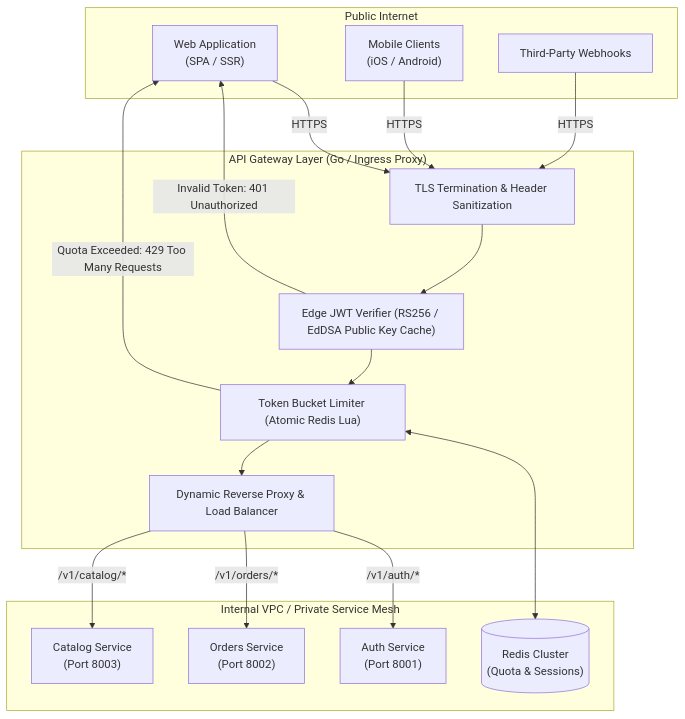
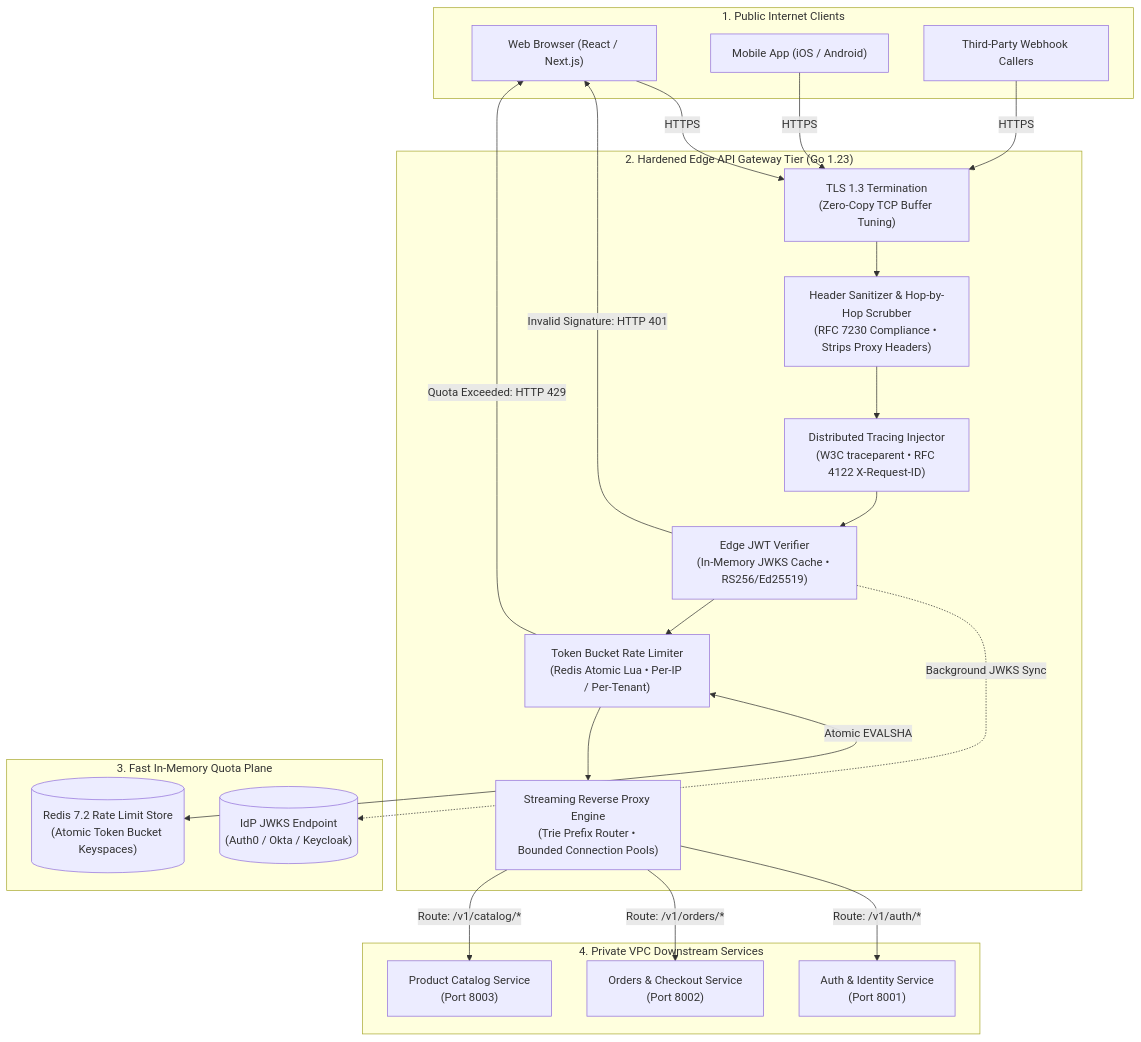
One commit to software-blueprints-hq/software-blueprints changed the diagram in docs/system-design/api-gateway-reverse-proxy/overview.md. Above: the diagram before and after it, drawn with Mermaid. The commit also changed other lines of this file and 2 other files, not shown here.

Commit message:
feat(system-design): upgrade Cloud-Native API Gateway to Level 3 Flagship (ADR-016) with zero-copy Go reverse proxy, JWT edge verification, and k6 load test

````diff
--- a/docs/system-design/api-gateway-reverse-proxy/overview.md
+++ b/docs/system-design/api-gateway-reverse-proxy/overview.md
@@ -17,37 +29,48 @@
 ```mermaid
 flowchart TD
-    subgraph PublicInternet ["Public Internet"]
-        ClientWeb["Web Application\n(SPA / SSR)"]
-        ClientMobile["Mobile Clients\n(iOS / Android)"]
-        ThirdParty["Third-Party Webhooks"]
+    subgraph PublicInternet ["1. Public Internet Clients"]
+        WebSPA["Web Browser (React / Next.js)"]
+        MobileApp["Mobile App (iOS / Android)"]
+        WebhookClient["Third-Party Webhook Callers"]
     end
 
-    subgraph EdgeGateway ["API Gateway Layer (Go / Ingress Proxy)"]
-        TLS["TLS Termination & Header Sanitization"]
-        JWTIssuer["Edge JWT Verifier (RS256 / EdDSA Public Key Cache)"]
-        RateLimiter["Token Bucket Limiter (Atomic Redis Lua)"]
-        Router["Dynamic Reverse Proxy & Load Balancer"]
+    subgraph EdgeGatewayTier ["2. Hardened Edge API Gateway Tier (Go 1.23)"]
+        TLSTermination["TLS 1.3 Termination\n(Zero-Copy TCP Buffer Tuning)"]
+        HeaderSanitizer["Header Sanitizer & Hop-by-Hop Scrubber\n(RFC 7230 Compliance • Strips Proxy Headers)"]
+        TraceInjector["Distributed Tracing Injector\n(W3C traceparent • RFC 4122 X-Request-ID)"]
+        JWTVerifier["Edge JWT Verifier\n(In-Memory JWKS Cache • RS256/Ed25519)"]
+        RateLimiter["Token Bucket Rate Limiter\n(Redis Atomic Lua • Per-IP / Per-Tenant)"]
+        DynamicRouter["Streaming Reverse Proxy Engine\n(Trie Prefix Router • Bounded Connection Pools)"]
     end
 
-    subgraph InternalMesh ["Internal VPC / Private Service Mesh"]
-        AuthSvc["Auth Service\n(Port 8001)"]
-        OrderSvc["Orders Service\n(Port 8002)"]
-        CatalogSvc["Catalog Service\n(Port 8003)"]
-        RedisCluster[("Redis Cluster\n(Quota & Sessions)")]
+    subgraph MessageDataStore ["3. Fast In-Memory Quota Plane"]
+        RedisCluster[("Redis 7.2 Rate Limit Store\n(Atomic Token Bucket Keyspaces)")]
+        JWKSProvider[("IdP JWKS Endpoint\n(Auth0 / Okta / Keycloak)")]
     end
 
-    ClientWeb -->|HTTPS| TLS
-    ClientMobile -->|HTTPS| TLS
-    ThirdParty -->|HTTPS| TLS
+    subgraph InternalServiceMesh ["4. Private VPC Downstream Services"]
+        AuthSvc["Auth & Identity Service\n(Port 8001)"]
+        OrderSvc["Orders & Checkout Service\n(Port 8002)"]
+        CatalogSvc["Product Catalog Service\n(Port 8003)"]
+    end
 
-    TLS --> JWTIssuer
-    JWTIssuer -->|Invalid Token: 401 Unauthorized| ClientWeb
-    JWTIssuer --> RateLimiter
-    RateLimiter <--> RedisCluster
-    RateLimiter -->|Quota Exceeded: 429 Too Many Requests| ClientWeb
-    RateLimiter --> Router
+    WebSPA -->|HTTPS| TLSTermination
+    MobileApp -->|HTTPS| TLSTermination
+    WebhookClient -->|HTTPS| TLSTermination
 
-    Router -->|/v1/auth/*| AuthSvc
-    Router -->|/v1/orders/*| OrderSvc
-    Router -->|/v1/catalog/*| CatalogSvc
+    TLSTermination --> HeaderSanitizer
+    HeaderSanitizer --> TraceInjector
+    TraceInjector --> JWTVerifier
+
+    JWTVerifier -.->|Background JWKS Sync| JWKSProvider
+    JWTVerifier -->|Invalid Signature: HTTP 401| WebSPA
+    JWTVerifier --> RateLimiter
+
+    RateLimiter <-->|Atomic EVALSHA| RedisCluster
+    RateLimiter -->|Quota Exceeded: HTTP 429| WebSPA
+    RateLimiter --> DynamicRouter
+
+    DynamicRouter -->|Route: /v1/auth/*| AuthSvc
+    DynamicRouter -->|Route: /v1/orders/*| OrderSvc
+    DynamicRouter -->|Route: /v1/catalog/*| CatalogSvc
 ```
````
